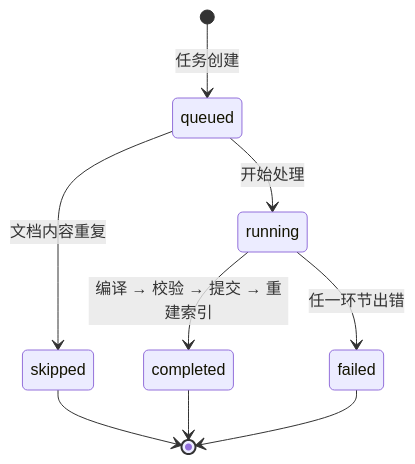
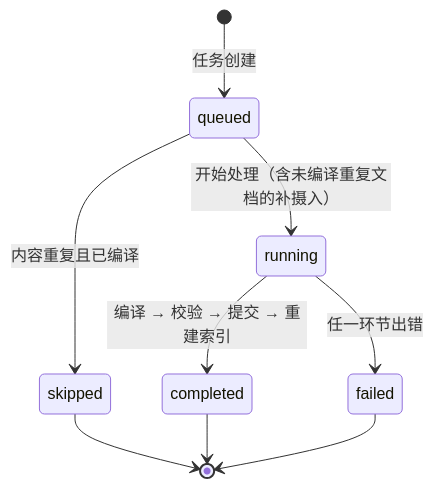
Before and after one commit to xutianyi1999/noema: the fourth of 5 diagrams in README.md, drawn with Mermaid. The commit also changed other lines of this file and 17 other files, not shown here.

````diff
--- a/README.md
+++ b/README.md
@@ -261,11 +261,11 @@
 ```mermaid
 stateDiagram-v2
     [*] --> queued: 任务创建
-    queued --> skipped: 文档内容重复
-    queued --> running: 开始处理
+    queued --> skipped: 内容重复且已编译
+    queued --> running: 开始处理（含未编译重复文档的补摄入）
     running --> completed: 编译 → 校验 → 提交 → 重建索引
     running --> failed: 任一环节出错
     skipped --> [*]
     completed --> [*]
     failed --> [*]
 ```
````
